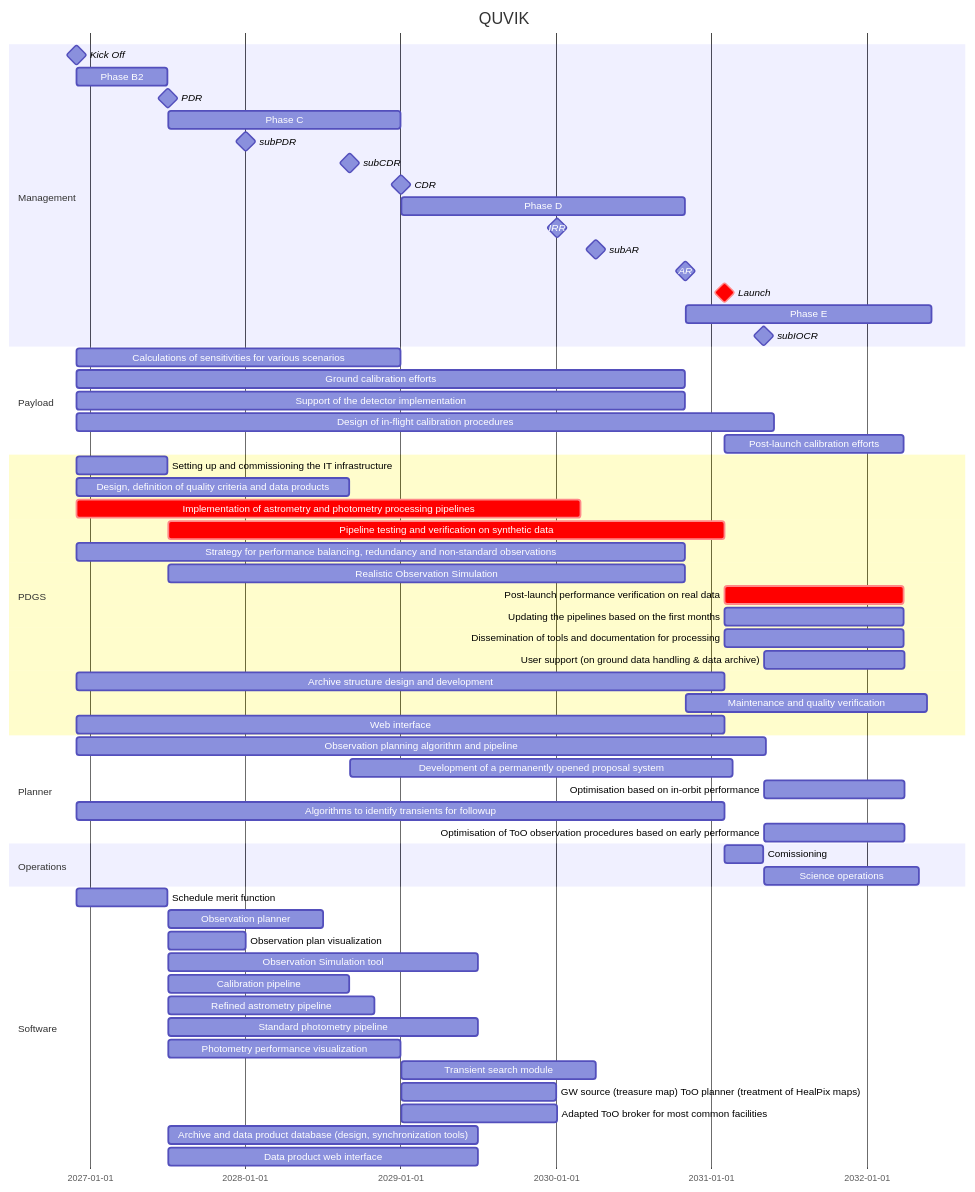
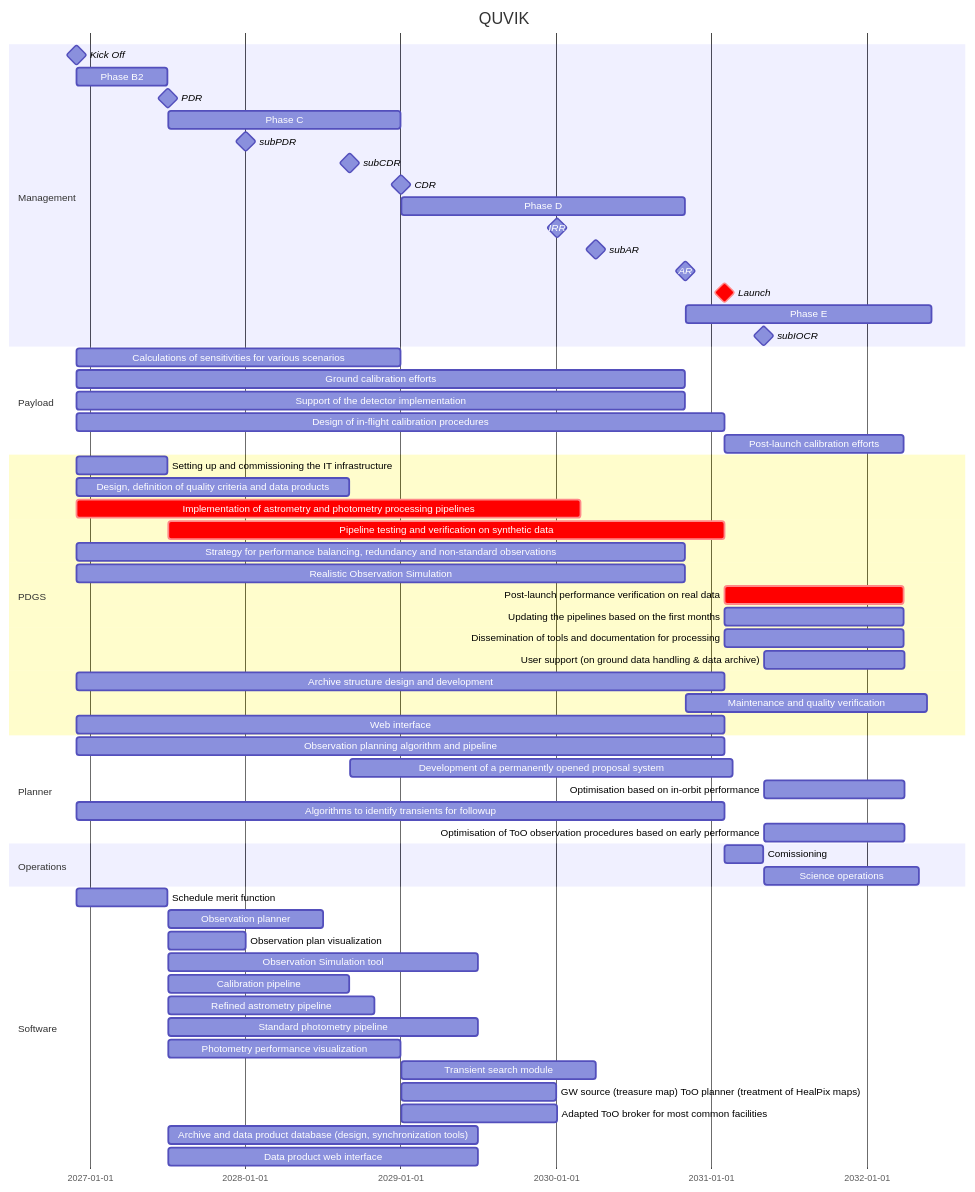
One commit to limu007/quvik changed the first of 2 diagrams in calib/SOC.md. Above: the diagram before and after it, drawn with Mermaid. The commit also changed other lines of this file, not shown here.

Commit message:
Update calibration and operations timelines in SOC.md

````diff
--- a/calib/SOC.md
+++ b/calib/SOC.md
@@ -1,68 +1,69 @@
 ```mermaid
 gantt
     title QUVIK
     dateFormat  YYYY-MM-DD
     section Management
     Kick Off : milestone, m1, 2026-12-01, 1d
     Phase B2 : b2, after m1, 213d
     PDR : milestone, pdr, after b2, 1d
     Phase C : c1, after pdr, 547d
     subPDR :  milestone, sp1, after SD-3, 1d
     subCDR :  milestone, sc1, after SD-5, 1d
     CDR : milestone, cdr, after c1, 1d
     Phase D : d1, after cdr, 668d
     IRR : milestone, irr, after SD-11, 1d
     subAR: milestone, sar, after SD-9, 1d
     AR : milestone, ar, after d1, 1d
     Launch : crit, milestone, frr, after fol, 1d
     Phase E : e1, after ar, 578d
     subIOCR : milestone, iocr, after e2, 1d
 
     section Payload
     Calculations of sensitivities for various scenarios :  after m1 , until cdr
     Ground calibration efforts :  after m1 , until ar
     Support of the detector implementation :  after m1 , until ar 
-    Design of in-flight calibration procedures :  dcal, after m1 , 234w
+    Design of in-flight calibration procedures :  dcal, after m1 , until frr
     Post-launch calibration efforts : after frr , 420d
 
     section PDGS
     Setting up and commissioning the IT infrastructure : after m1, until pdr
     Design, definition of quality criteria and data products : 	des, after m1	, until sc1
     Implementation of astrometry and photometry processing pipelines :crit, imp, after m1 , 169w
     Pipeline testing and verification on synthetic data :crit,  pp, after pdr, until frr
     Strategy for performance balancing, redundancy and non-standard observations :  after m1 , until ar
-    Realistic Observation Simulation :  after pdr , until ar
+    Realistic Observation Simulation :  after m1 , until ar
     Post-launch performance verification on real data :crit,   after frr , 420d
     Updating the pipelines based on the first months :  after frr , 420d
     Dissemination of tools and documentation for processing :  after frr , 420d
-     User support (on ground data handling & data archive) :  after iocr , 330d
-     Archive structure design and development :  after m1 , until frr
-     Maintenance and quality verification :  after ar , 81w
-     Web interface :  after m1 , until frr
+    User support (on ground data handling & data archive) :  after iocr , 330d
+    Archive structure design and development :  after m1 , until frr
+    Maintenance and quality verification :  after ar , 81w
+    Web interface :  after m1 , until frr
 
     section Planner
-    Observation planning algorithm and pipeline :  after m1 , 1620d
+    Observation planning algorithm and pipeline :  after m1 , until frr
     Development of a permanently opened proposal system : after sc1 , 900d
     Optimisation based on in-orbit performance :  after iocr , 330d
     Algorithms to identify transients for followup : fol, after m1 , 1522d
     Optimisation of ToO observation procedures based on early performance :  after iocr , 330d
 
     section Operations
-    Comissioning : e2, after frr, 13w
-    Science operations : e3, after iocr, 52w
+        Comissioning : e2, after frr, 13w
+        Science operations : e3, after iocr, 52w
 
     section Software
         Schedule merit function: SD-2, after m1, 212d
         Observation planner: SD-2, after pdr, 364d
         Observation plan visualization: SD-3, after pdr, 182d
         Observation Simulation tool: SD-4, after pdr, 729d
         Calibration pipeline: SD-5, after pdr, 427d
         Refined astrometry pipeline: SD-6, after pdr, 486d
         Standard photometry pipeline: SD-7, after pdr, 729d
         Photometry performance visualization: SD-8, after pdr, 547d
         Transient search module: SD-9, after cdr, 457d
         GW source (treasure map) ToO planner (treatment of HealPix maps): SD-10, after cdr, 364d
         Adapted ToO broker for most common facilities: SD-11, after cdr, 366d
         Archive and data product database (design, synchronization tools): SD-12, after pdr, 729d
         Data product web interface: SD-13, after pdr, 729d
+
 ```
````
